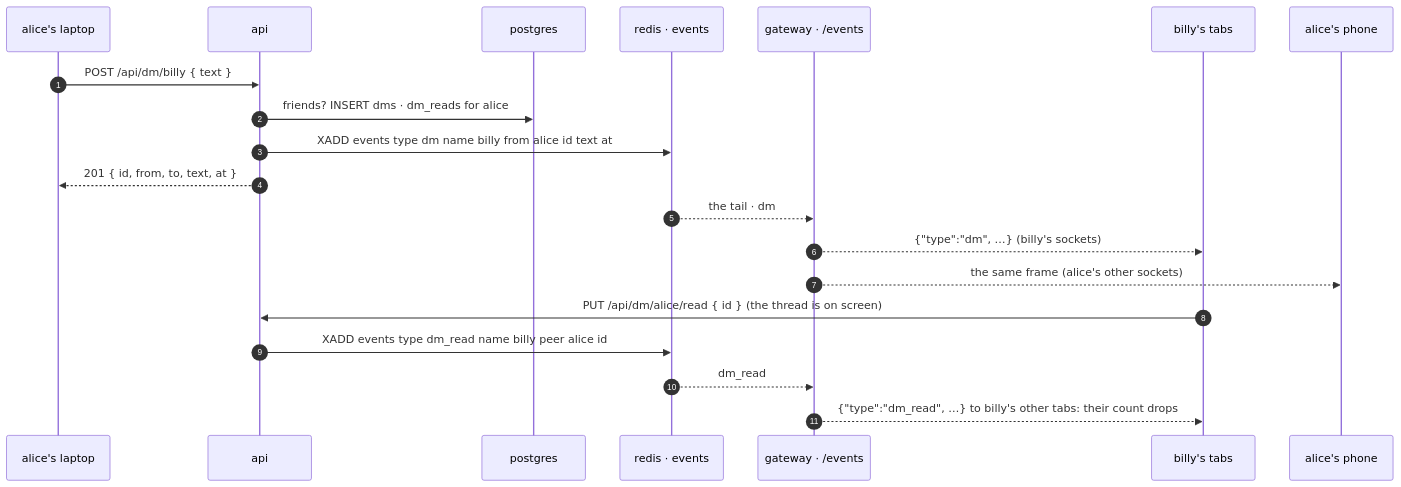
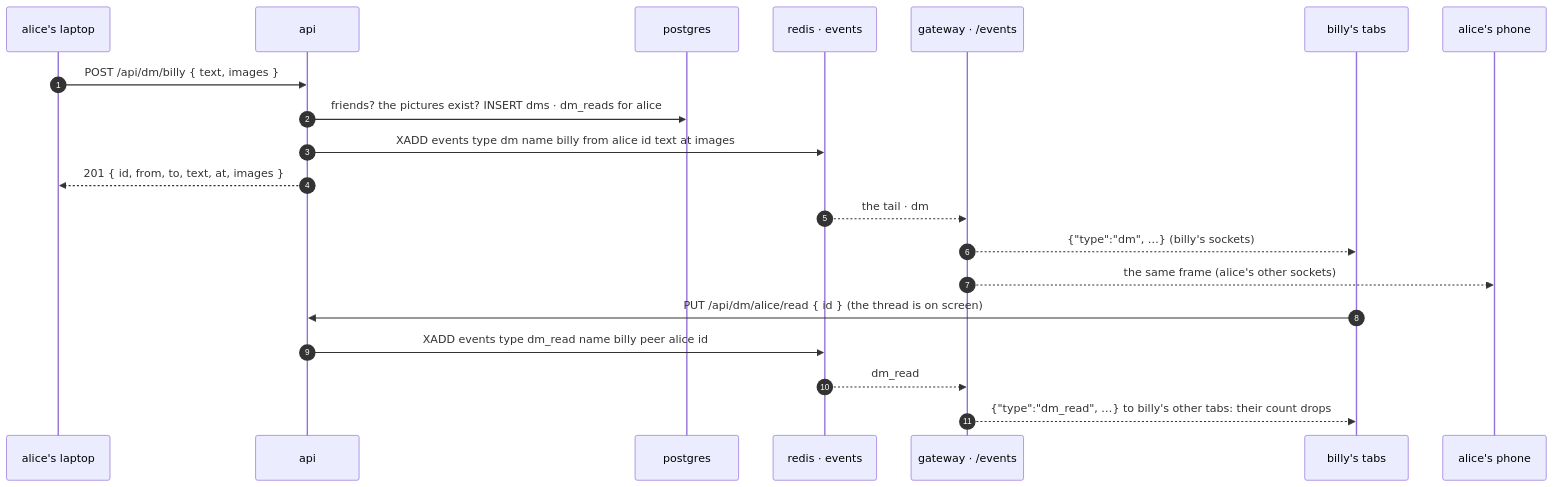
The diagram in docs/dms.md (ZeroNerodaHero/slop-stream-architecture), drawn with Mermaid before and after one commit. The commit also changed other lines of this file and 23 other files, not shown here.

````diff
--- a/docs/dms.md
+++ b/docs/dms.md
@@ -5,23 +5,23 @@
 ```mermaid
 sequenceDiagram
   autonumber
   participant A as alice's laptop
   participant API as api
   participant D as postgres
   participant R as redis · events
   participant G as gateway · /events
   participant B as billy's tabs
   participant A2 as alice's phone
 
-  A->>API: POST /api/dm/billy { text }
-  API->>D: friends? INSERT dms · dm_reads for alice
-  API->>R: XADD events type dm name billy from alice id text at
-  API-->>A: 201 { id, from, to, text, at }
+  A->>API: POST /api/dm/billy { text, images }
+  API->>D: friends? the pictures exist? INSERT dms · dm_reads for alice
+  API->>R: XADD events type dm name billy from alice id text at images
+  API-->>A: 201 { id, from, to, text, at, images }
   R-->>G: the tail · dm
   G-->>B: {"type":"dm", …}  (billy's sockets)
   G-->>A2: the same frame  (alice's other sockets)
   B->>API: PUT /api/dm/alice/read { id }  (the thread is on screen)
   API->>R: XADD events type dm_read name billy peer alice id
   R-->>G: dm_read
   G-->>B: {"type":"dm_read", …} to billy's other tabs: their count drops
 ```
````
